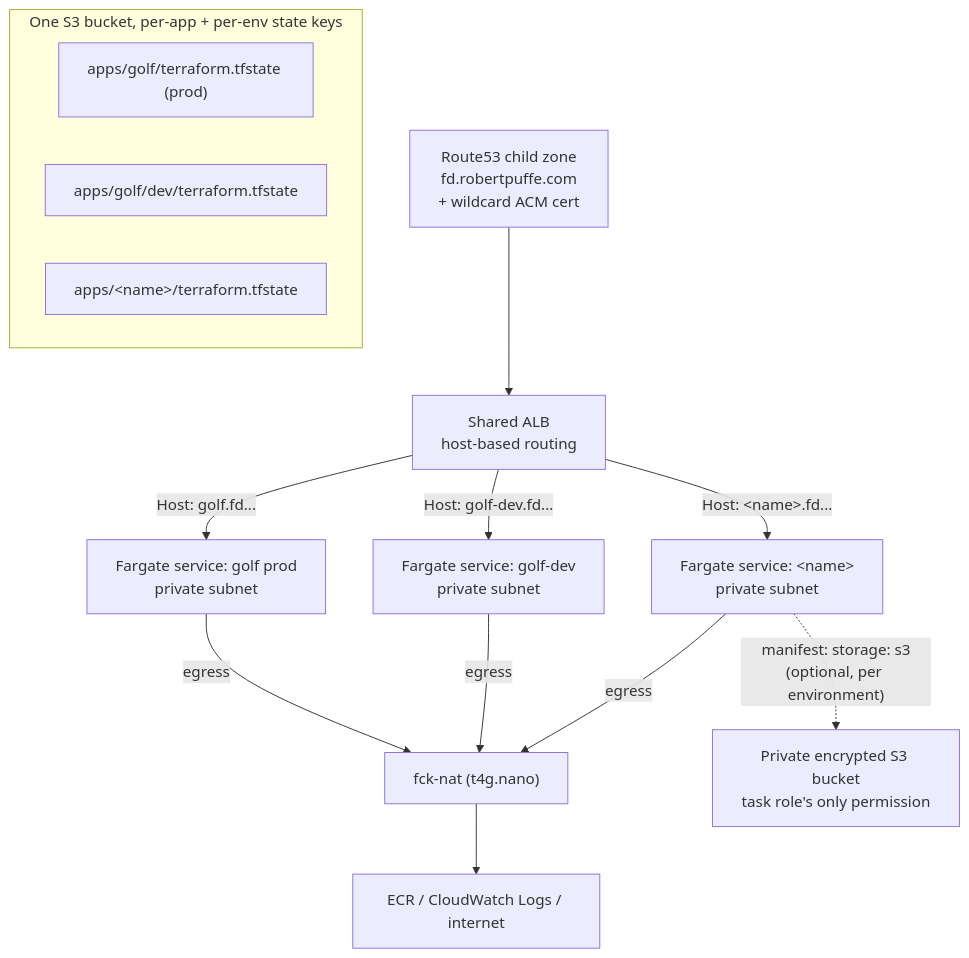
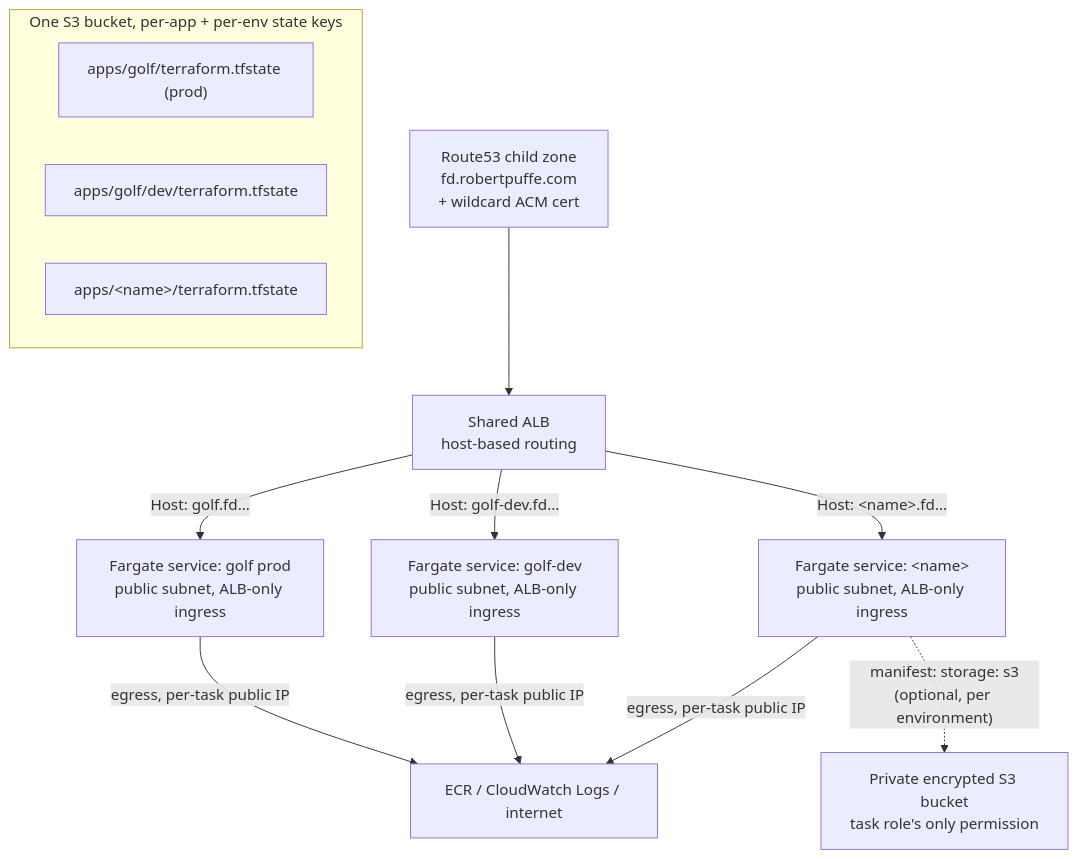
One commit to rpuffe/flightdeck changed the third of 3 diagrams in README.md. Above: the diagram before and after it, drawn with Mermaid. The commit also changed other lines of this file and 6 other files, not shown here.

First line of the commit message:
feat: run app tasks in public subnets with per-task public IPs

````diff
--- a/README.md
+++ b/README.md
@@ -80,15 +80,14 @@
 ```mermaid
 flowchart TB
     R["Route53 child zone<br/>fd.robertpuffe.com<br/>+ wildcard ACM cert"] --> ALB["Shared ALB<br/>host-based routing"]
-    ALB -->|Host: golf.fd...| S3P["Fargate service: golf prod<br/>private subnet"]
-    ALB -->|Host: golf-dev.fd...| S3D["Fargate service: golf-dev<br/>private subnet"]
-    ALB -->|Host: &lt;name&gt;.fd...| S4["Fargate service: &lt;name&gt;<br/>private subnet"]
-    S3P & S3D & S4 -->|egress| NAT["fck-nat (t4g.nano)"]
-    NAT --> INET["ECR / CloudWatch Logs / internet"]
+    ALB -->|Host: golf.fd...| S3P["Fargate service: golf prod<br/>public subnet, ALB-only ingress"]
+    ALB -->|Host: golf-dev.fd...| S3D["Fargate service: golf-dev<br/>public subnet, ALB-only ingress"]
+    ALB -->|Host: &lt;name&gt;.fd...| S4["Fargate service: &lt;name&gt;<br/>public subnet, ALB-only ingress"]
+    S3P & S3D & S4 -->|egress, per-task public IP| INET["ECR / CloudWatch Logs / internet"]
     S4 -. "manifest: storage: s3<br/>(optional, per environment)" .-> BUCKET["Private encrypted S3 bucket<br/>task role's only permission"]
     subgraph State["One S3 bucket, per-app + per-env state keys"]
         K2["apps/golf/terraform.tfstate (prod)"]
         K3["apps/golf/dev/terraform.tfstate"]
         K4["apps/&lt;name&gt;/terraform.tfstate"]
     end
 ```
````
